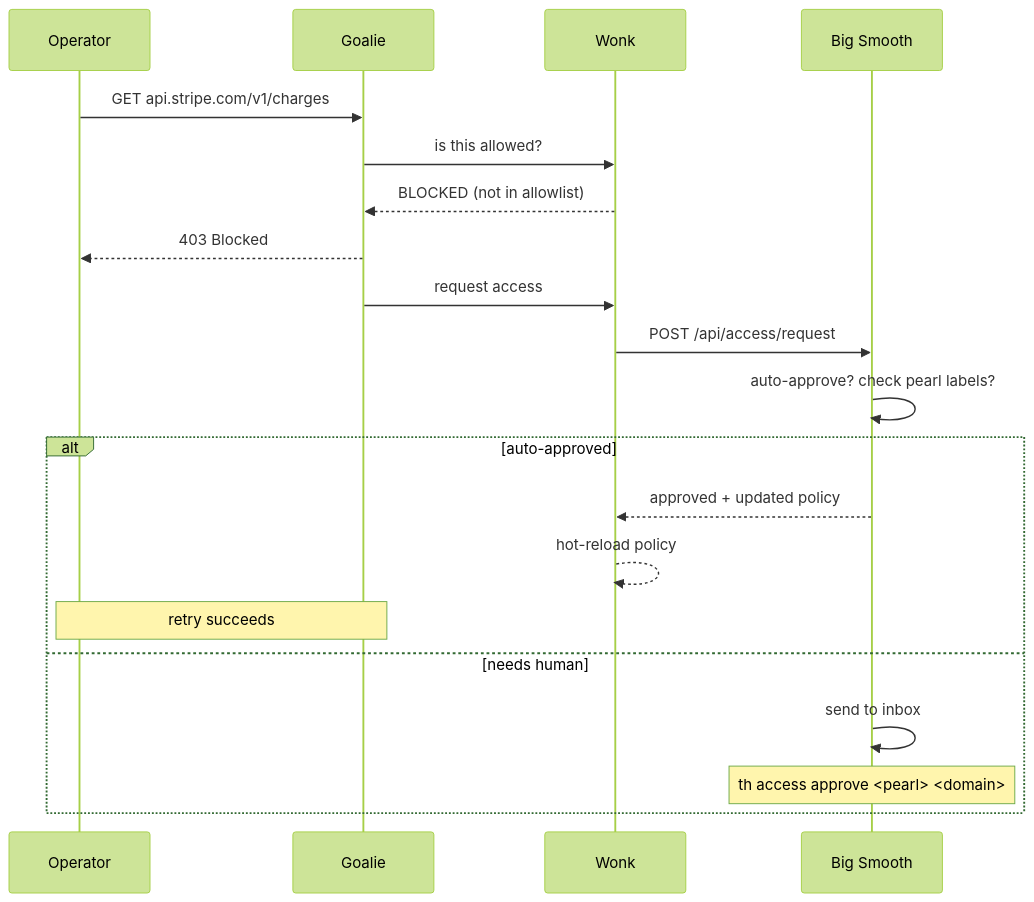
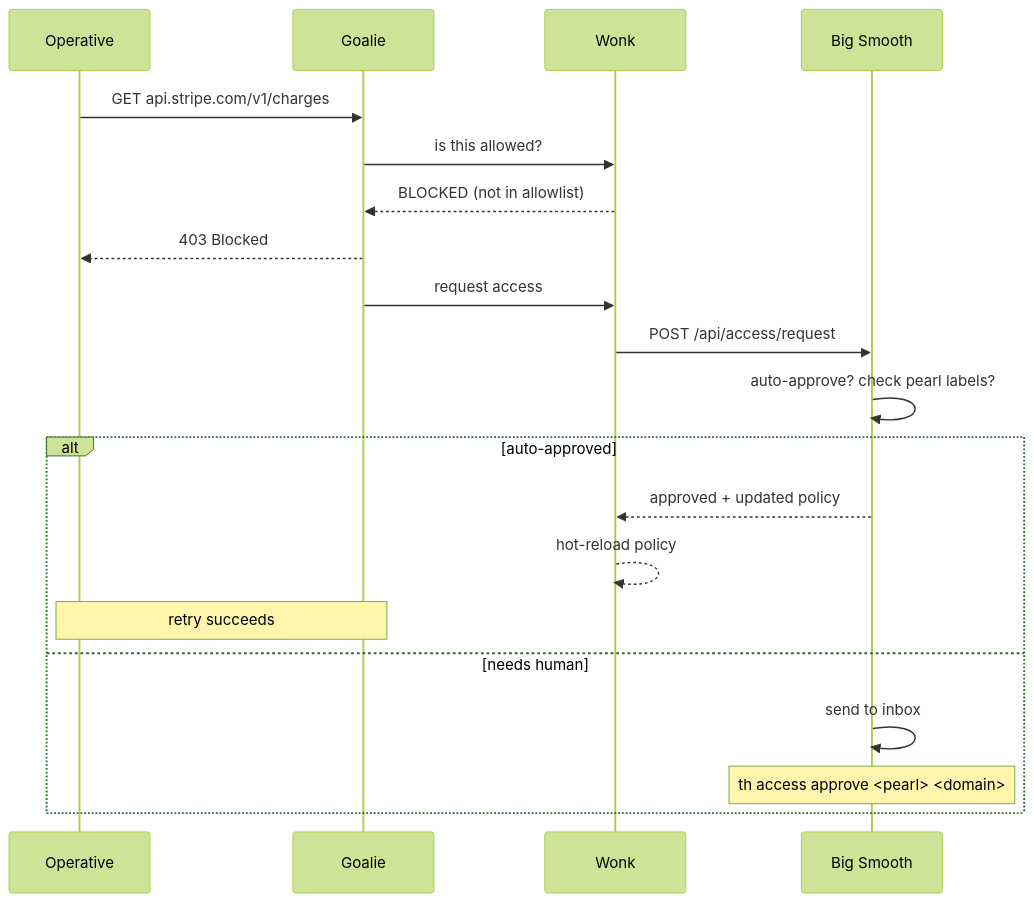
One commit to SmooAI/smooth changed the fifth of 5 diagrams in README.md. Above: the diagram before and after it, drawn with Mermaid (forest theme). The commit also changed other lines of this file and 86 other files, not shown here.

````diff
--- a/README.md
+++ b/README.md
@@ -354,23 +354,23 @@
 ```mermaid
 sequenceDiagram
-    participant Op as Operator
+    participant Op as Operative
     participant G as Goalie
     participant W as Wonk
     participant BS as Big Smooth
 
     Op->>G: GET api.stripe.com/v1/charges
     G->>W: is this allowed?
     W-->>G: BLOCKED (not in allowlist)
     G-->>Op: 403 Blocked
     G->>W: request access
     W->>BS: POST /api/access/request
     BS->>BS: auto-approve? check pearl labels?
     alt auto-approved
         BS-->>W: approved + updated policy
         W-->>W: hot-reload policy
         Note over Op,G: retry succeeds
     else needs human
         BS->>BS: send to inbox
         Note over BS: th access approve <pearl> <domain>
     end
 ```
````
